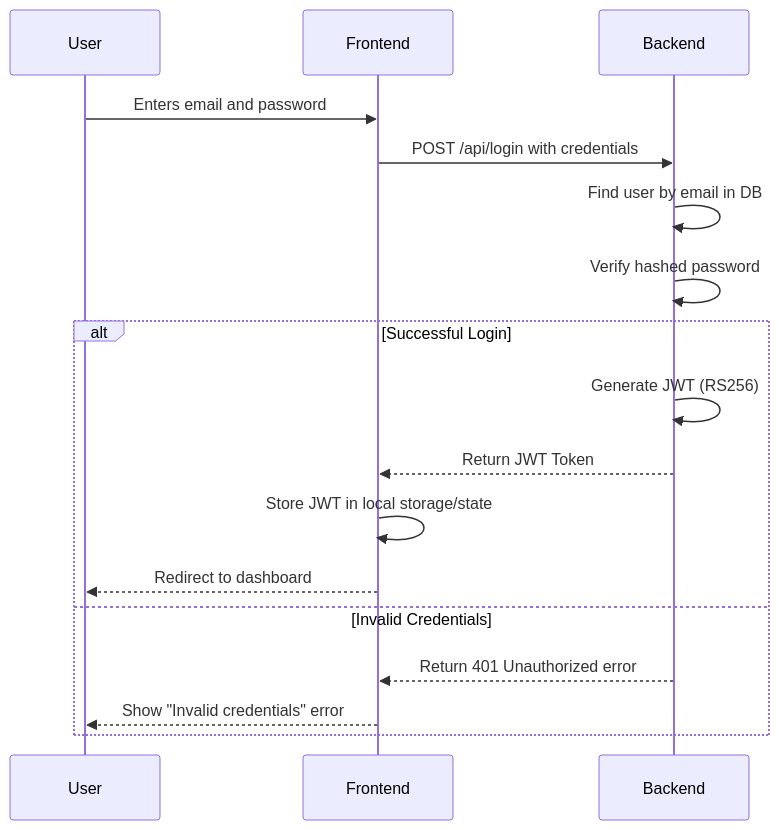
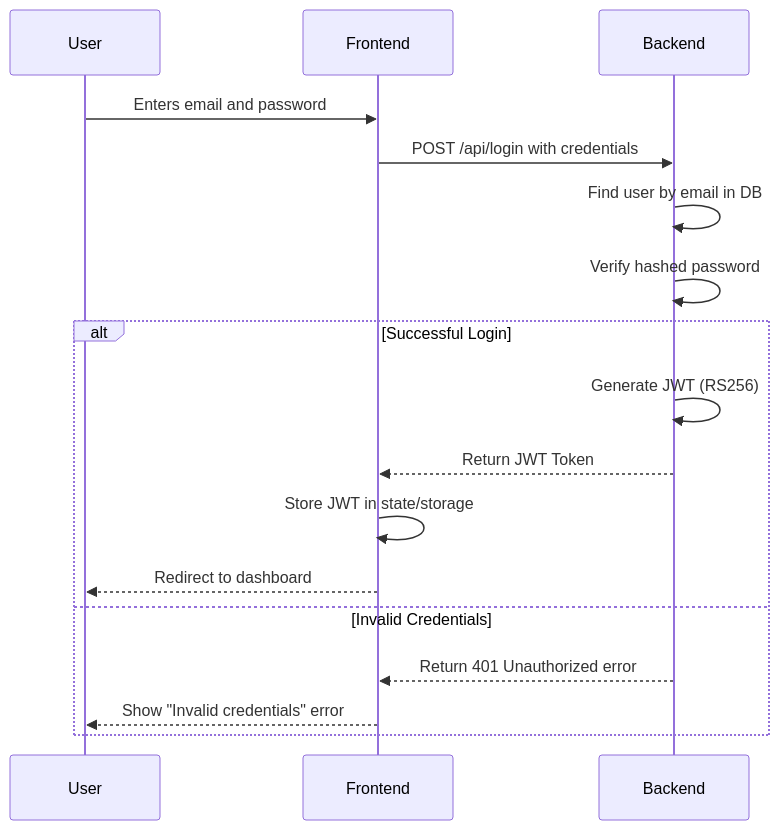
The second of 4 diagrams in docs/architecture_diagrams.md (ajay-sai-goud/FullStackBaseApp), drawn with Mermaid before and after one commit. The commit also changed other lines of this file and 26 other files, not shown here.

````diff
--- a/docs/architecture_diagrams.md
+++ b/docs/architecture_diagrams.md
@@ -40,20 +40,20 @@
 ```mermaid
 sequenceDiagram
     participant User
     participant Frontend
     participant Backend
 
     User->>Frontend: Enters email and password
     Frontend->>Backend: POST /api/login with credentials
     Backend->>Backend: Find user by email in DB
     Backend->>Backend: Verify hashed password
     alt Successful Login
         Backend->>Backend: Generate JWT (RS256)
         Backend-->>Frontend: Return JWT Token
-        Frontend->>Frontend: Store JWT in local storage/state
+        Frontend->>Frontend: Store JWT in state/storage
         Frontend-->>User: Redirect to dashboard
     else Invalid Credentials
         Backend-->>Frontend: Return 401 Unauthorized error
         Frontend-->>User: Show "Invalid credentials" error
     end
 ```
````
